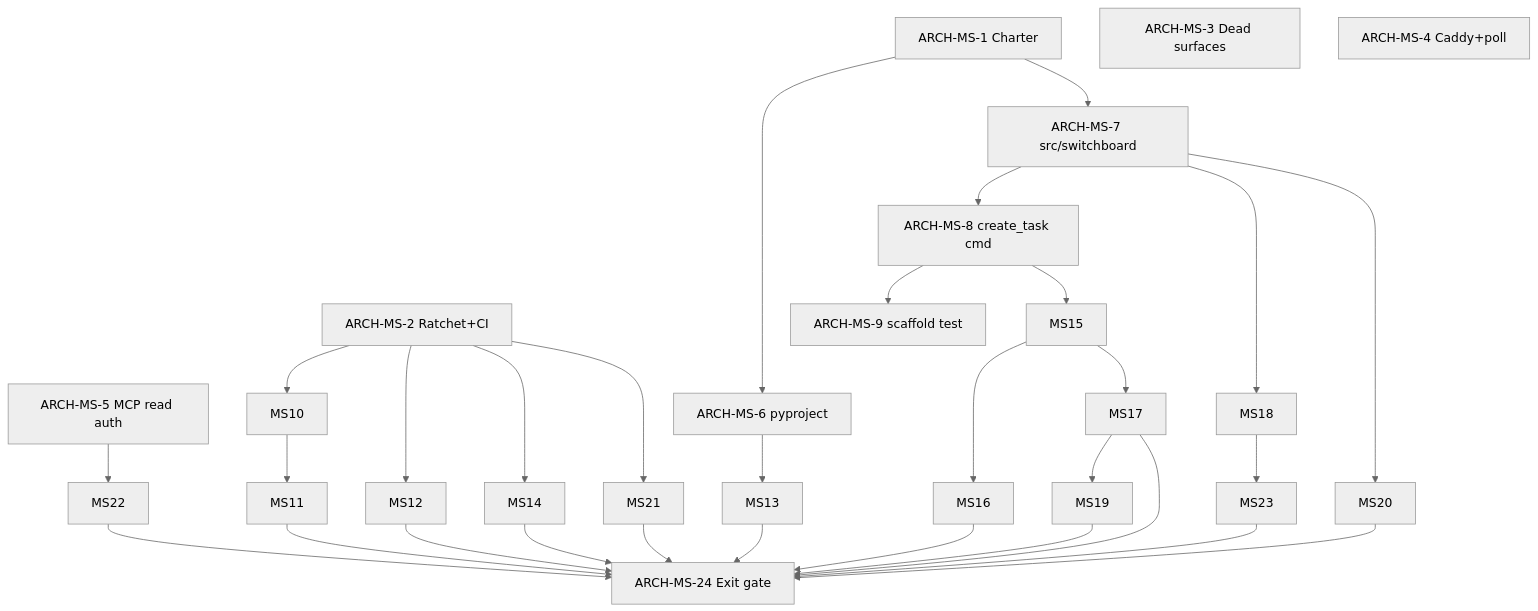
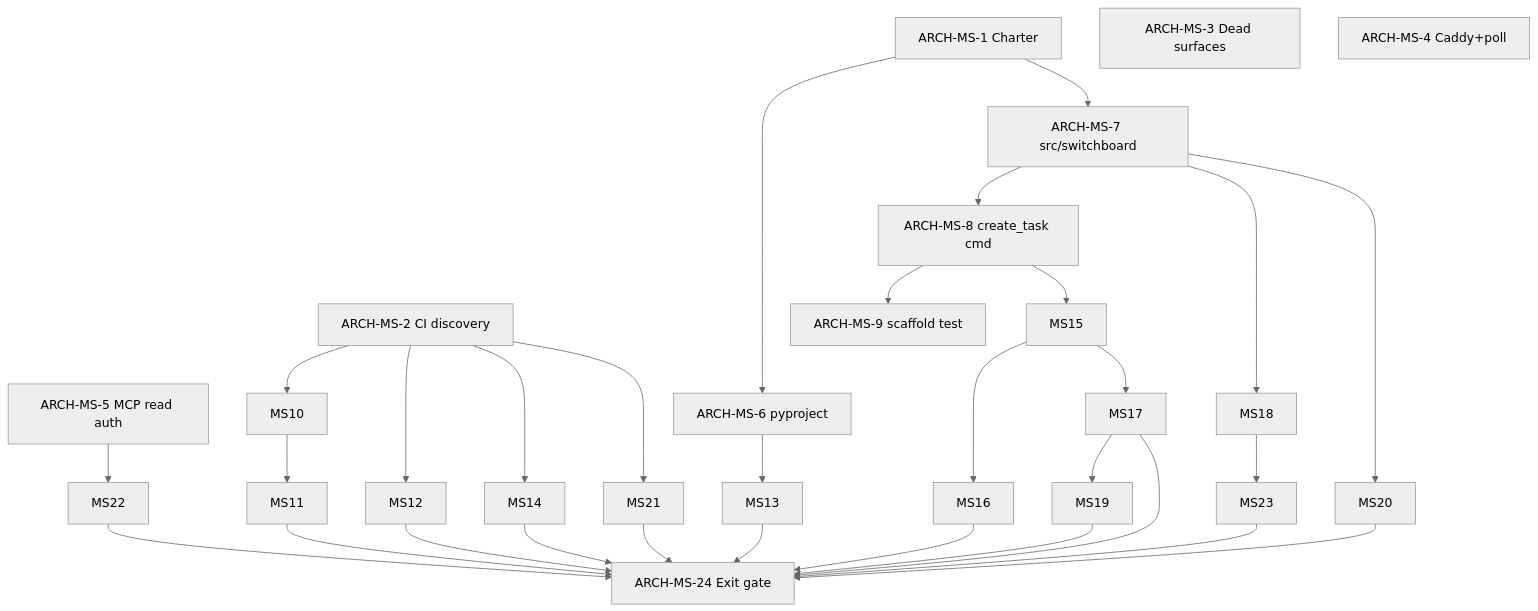
Before and after one commit to 6th-Element-Labs/projectplanner-ci: the diagram in docs/ARCH-MS-EXECUTION.md, drawn with Mermaid (neutral theme). The commit also changed other lines of this file and 3 other files, not shown here.

````diff
--- a/docs/ARCH-MS-EXECUTION.md
+++ b/docs/ARCH-MS-EXECUTION.md
@@ -85,43 +87,43 @@
 ```mermaid
 flowchart TD
   MS1[ARCH-MS-1 Charter]
-  MS2[ARCH-MS-2 Ratchet+CI]
+  MS2[ARCH-MS-2 CI discovery]
   MS3[ARCH-MS-3 Dead surfaces]
   MS4[ARCH-MS-4 Caddy+poll]
   MS5[ARCH-MS-5 MCP read auth]
   MS6[ARCH-MS-6 pyproject]
   MS7[ARCH-MS-7 src/switchboard]
   MS8[ARCH-MS-8 create_task cmd]
   MS9[ARCH-MS-9 scaffold test]
   MS24[ARCH-MS-24 Exit gate]
 
   MS1 --> MS6
   MS1 --> MS7
   MS7 --> MS8
   MS7 --> MS18
   MS7 --> MS20
   MS8 --> MS9
   MS8 --> MS15
   MS15 --> MS16
   MS15 --> MS17
   MS17 --> MS19
   MS2 --> MS10
   MS2 --> MS12
   MS2 --> MS14
   MS2 --> MS21
   MS10 --> MS11
   MS6 --> MS13
   MS5 --> MS22
   MS18 --> MS23
   MS11 --> MS24
   MS12 --> MS24
   MS13 --> MS24
   MS14 --> MS24
   MS16 --> MS24
   MS17 --> MS24
   MS19 --> MS24
   MS20 --> MS24
   MS21 --> MS24
   MS22 --> MS24
   MS23 --> MS24
 ```
````
